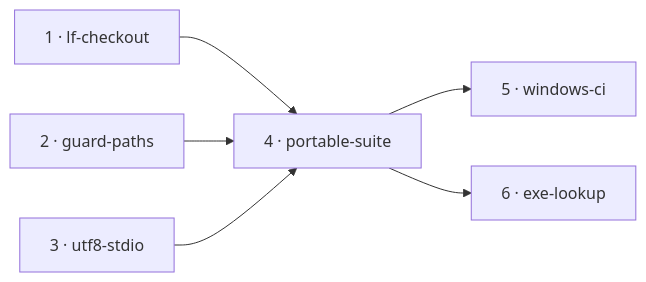
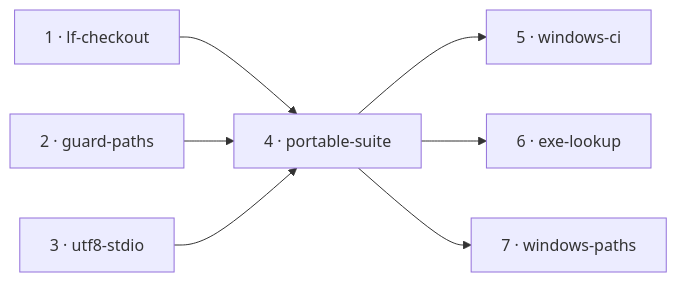
One commit to dzaffren/claude-plugin changed the second of 2 diagrams in docs/specs/os-agnostic-suite/shape.md. Above: the diagram before and after it, drawn with Mermaid. The commit also changed other lines of this file and 5 other files, not shown here.

````diff
--- a/docs/specs/os-agnostic-suite/shape.md
+++ b/docs/specs/os-agnostic-suite/shape.md
@@ -36,8 +36,9 @@
 ```mermaid
 flowchart LR
     S1["1 · lf-checkout"] --> S4["4 · portable-suite"]
     S2["2 · guard-paths"] --> S4
     S3["3 · utf8-stdio"] --> S4
     S4 --> S5["5 · windows-ci"]
     S4 --> S6["6 · exe-lookup"]
+    S4 --> S7["7 · windows-paths"]
 ```
````
